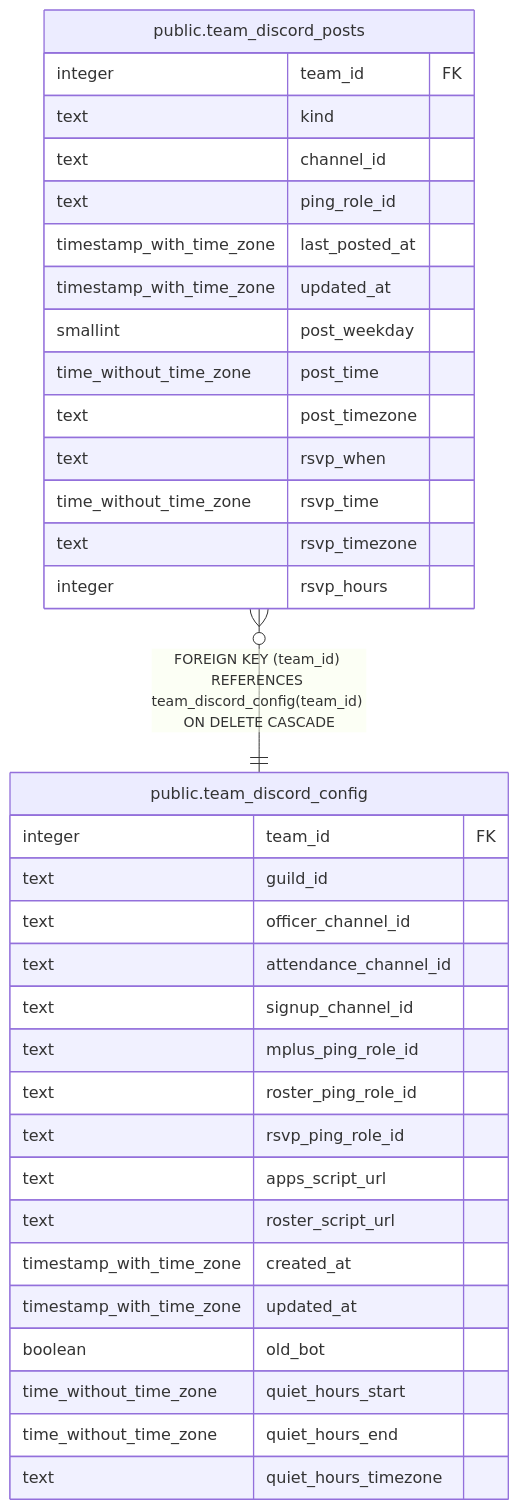
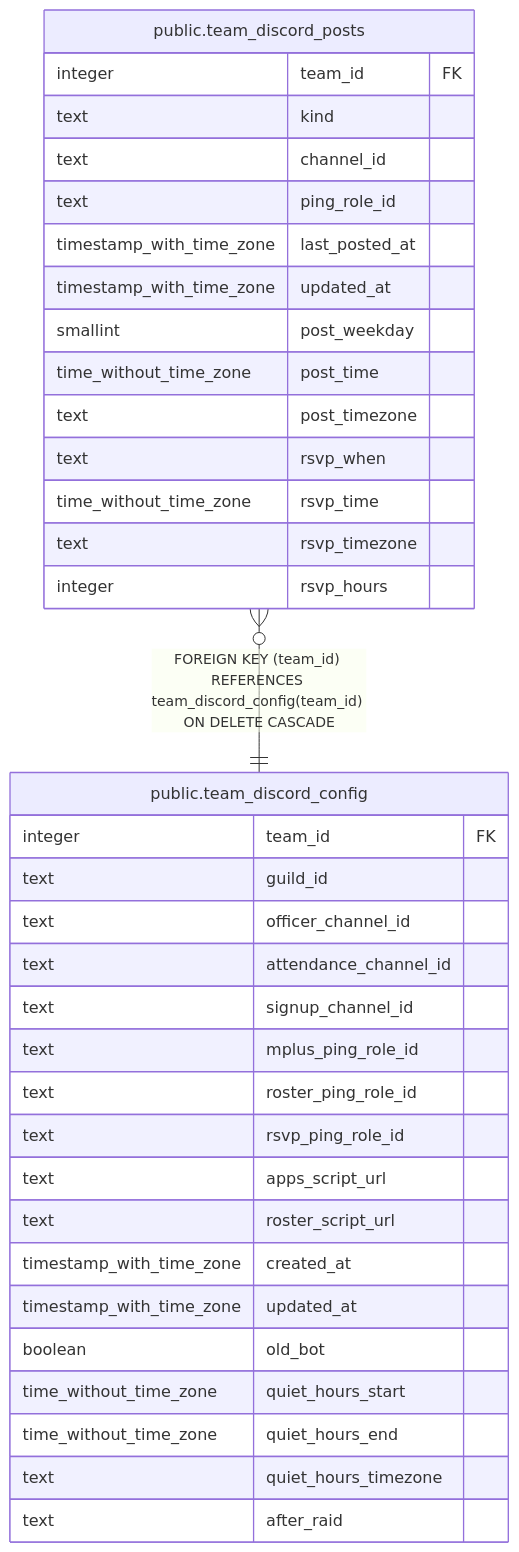
One commit to katogaming88/WGA-Raid-Hub changed the diagram in dbdoc/public.team_discord_posts.md. Above: the diagram before and after it, drawn with Mermaid. The commit also changed 39 other files, not shown here.

````diff
--- a/dbdoc/public.team_discord_posts.md
+++ b/dbdoc/public.team_discord_posts.md
@@ -47,39 +47,40 @@
 ```mermaid
 erDiagram
 
 "public.team_discord_posts" }o--|| "public.team_discord_config" : "FOREIGN KEY (team_id) REFERENCES team_discord_config(team_id) ON DELETE CASCADE"
 
 "public.team_discord_posts" {
   integer team_id FK
   text kind
   text channel_id
   text ping_role_id
   timestamp_with_time_zone last_posted_at
   timestamp_with_time_zone updated_at
   smallint post_weekday
   time_without_time_zone post_time
   text post_timezone
   text rsvp_when
   time_without_time_zone rsvp_time
   text rsvp_timezone
   integer rsvp_hours
 }
 "public.team_discord_config" {
   integer team_id FK
   text guild_id
   text officer_channel_id
   text attendance_channel_id
   text signup_channel_id
   text mplus_ping_role_id
   text roster_ping_role_id
   text rsvp_ping_role_id
   text apps_script_url
   text roster_script_url
   timestamp_with_time_zone created_at
   timestamp_with_time_zone updated_at
   boolean old_bot
   time_without_time_zone quiet_hours_start
   time_without_time_zone quiet_hours_end
   text quiet_hours_timezone
+  text after_raid
 }
 ```
````
